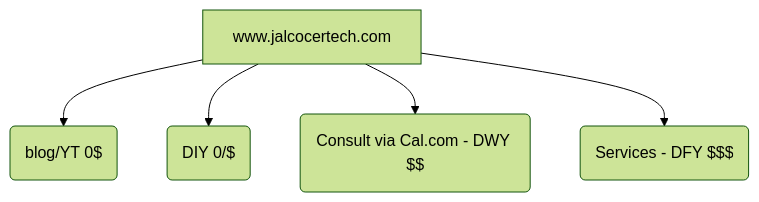
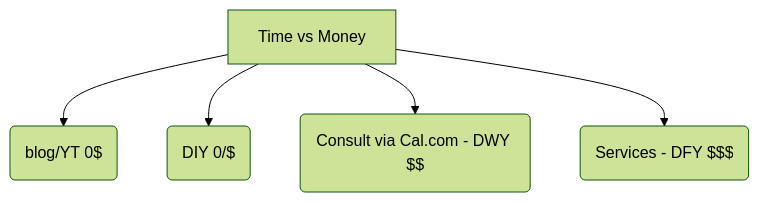
Before and after one commit to JAlcocerT/JAlcocerT: the diagram in content/docs/Entrepreneur/_index.md, drawn with Mermaid (forest theme). The commit also changed other lines of this file and 23 other files, not shown here.

````diff
--- a/content/docs/Entrepreneur/_index.md
+++ b/content/docs/Entrepreneur/_index.md
@@ -56,7 +62,7 @@
 ```mermaid
 graph TD
-    A[www.jalcocertech.com] --> B(blog/YT 0$);
+    A[Time vs Money] --> B(blog/YT 0$);
     A --> C(DIY 0/$);
     A --> D(Consult via Cal.com - DWY $$);
     A --> E(Services - DFY $$$);
 ```
````
